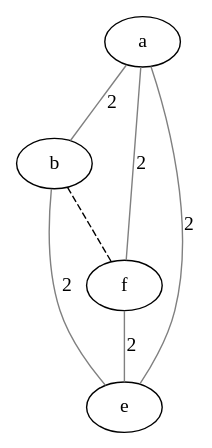
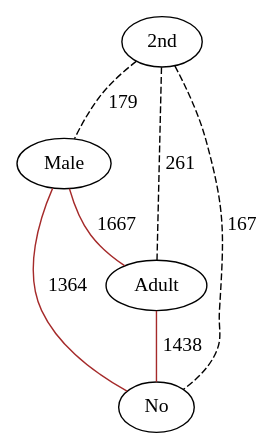
One commit to lrodrin/TFG changed the diagram in src/extension/exponentialGraph.dot. Above: the diagram before and after it, drawn with Graphviz. The commit also changed 1 other file, not shown here.

```diff
--- a/src/extension/exponentialGraph.dot
+++ b/src/extension/exponentialGraph.dot
@@ -1,12 +1,12 @@
 strict graph "()" {
-a;
-b;
-f;
-e;
-a -- b  [color=grey, label=2, style=solid];
-a -- f  [color=grey, label=2, style=solid];
-a -- e  [color=grey, label=2, style=solid];
-b -- f  [color=black, style=dashed];
-b -- e  [color=grey, label=2, style=solid];
-f -- e  [color=grey, label=2, style=solid];
+"2nd";
+Male;
+Adult;
+No;
+"2nd" -- Male  [color=black, label=179, style=dashed];
+"2nd" -- Adult  [color=black, label=261, style=dashed];
+"2nd" -- No  [color=black, label=167, style=dashed];
+Male -- Adult  [color=brown, label=1667, style=solid];
+Male -- No  [color=brown, label=1364, style=solid];
+Adult -- No  [color=brown, label=1438, style=solid];
 }
```
